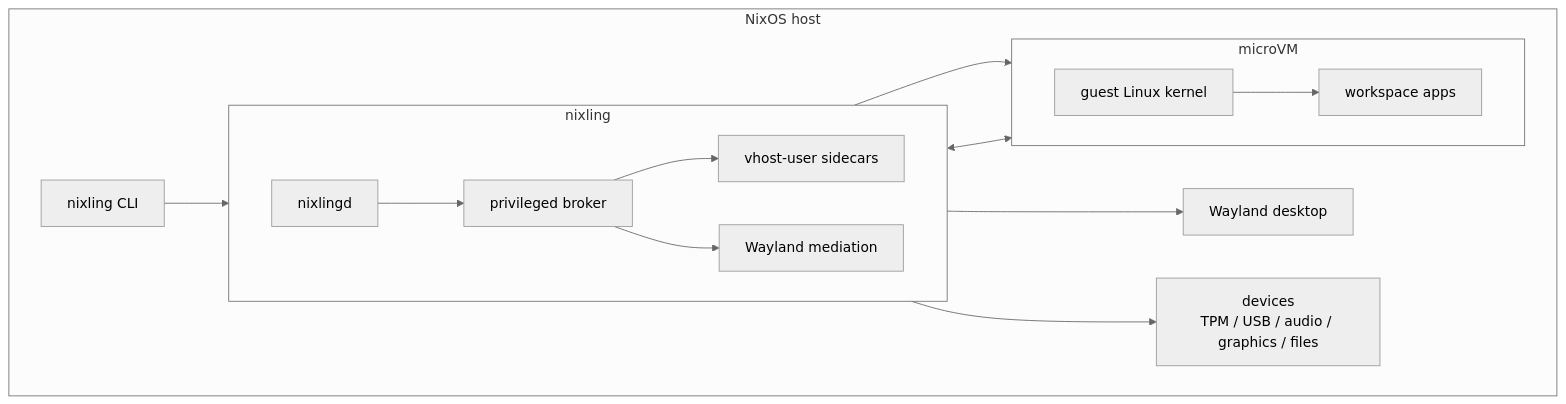
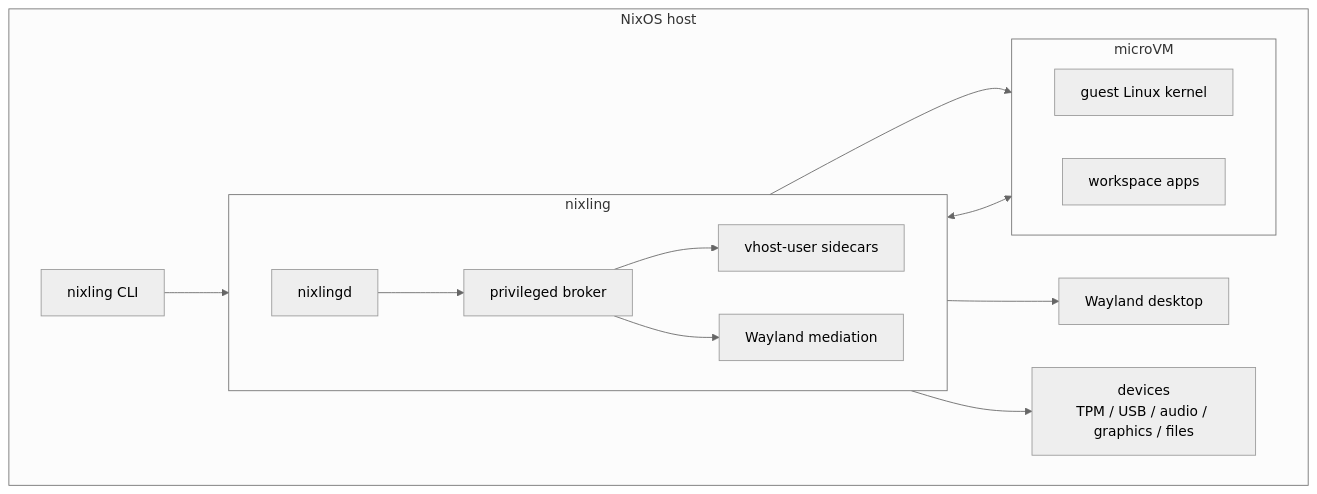
The diagram in README.md (vicondoa/d2b), drawn with Mermaid (neutral theme) before and after one commit.

Commit message:
docs: remove microVM internal diagram edge
Leave guest kernel and workspace apps as separate boxes inside the microVM without implying an internal flow between them.

````diff
--- a/README.md
+++ b/README.md
@@ -37,33 +37,32 @@
 ```mermaid
 flowchart LR
     subgraph host["NixOS host"]
         direction LR
         cli["nixling CLI"]
         desktop["Wayland desktop"]
         devices["devices<br/>TPM / USB / audio / graphics / files"]
 
         subgraph nixling_box["nixling"]
             direction LR
             nixlingd["nixlingd"]
             broker["privileged broker"]
             vhost["vhost-user sidecars"]
             wayland["Wayland mediation"]
         end
 
         subgraph vm["microVM"]
             direction LR
             kernel["guest Linux kernel"]
             apps["workspace apps"]
-            kernel --> apps
         end
     end
 
     cli --> nixlingd
     nixlingd --> broker
     broker --> vm
     broker --> vhost
     broker --> wayland
     wayland --> desktop
     vhost --> devices
     vhost <--> vm
 ```
````
